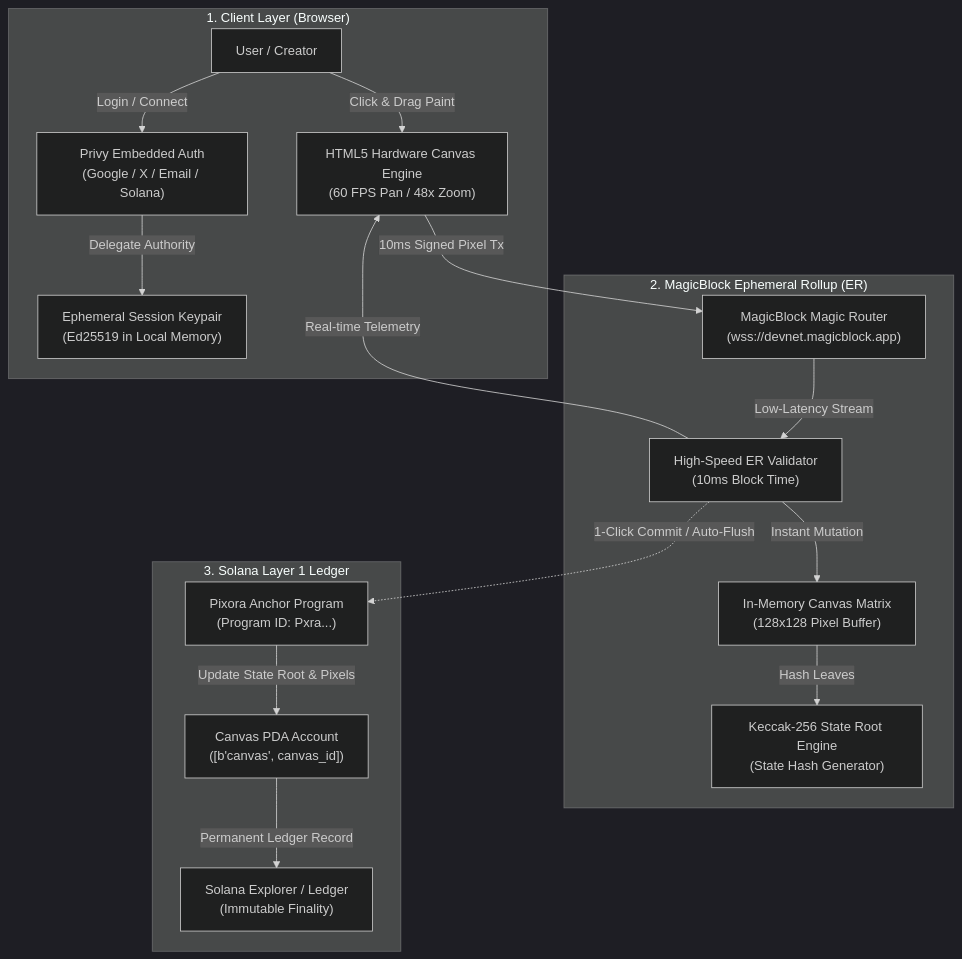
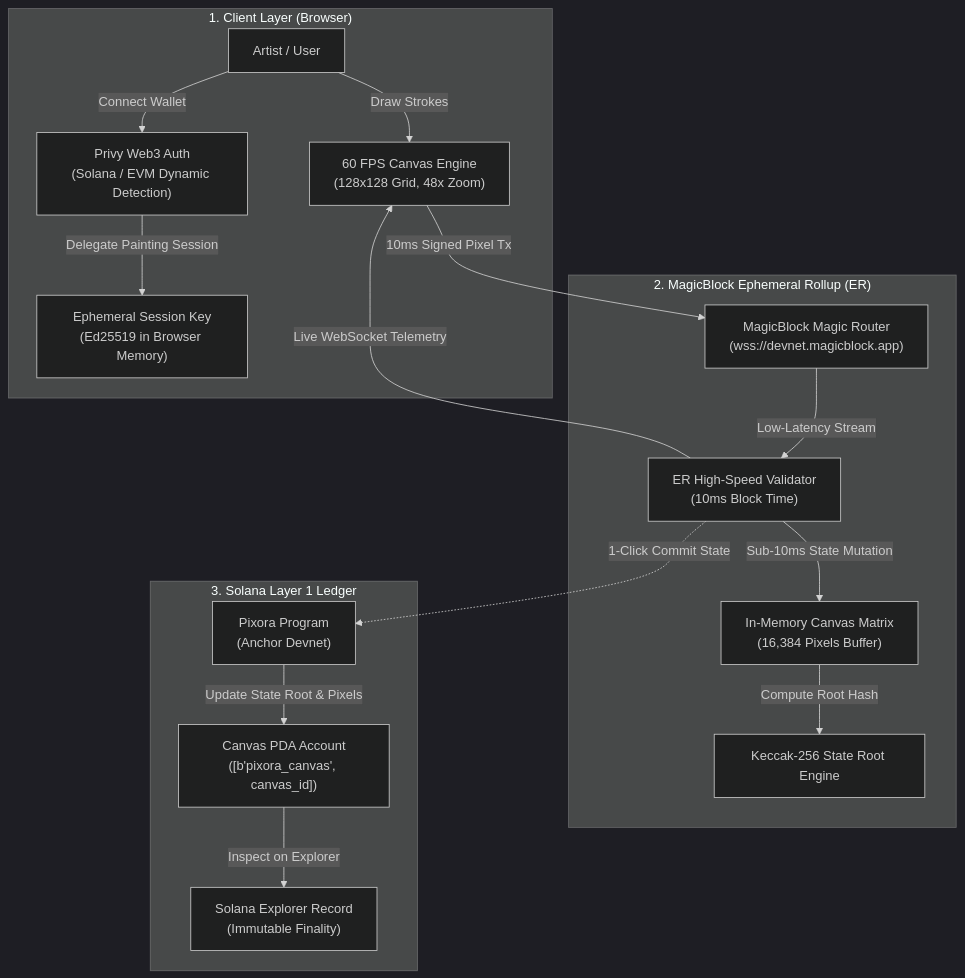
The diagram in README.md (toufiqfarhan0/pixora), drawn with Mermaid (dark theme) before and after one commit. The commit also changed other lines of this file and 15 other files, not shown here.

Commit message:
feat: integrate dynamic Privy Web3 wallet auth, fix all compiler errors, and polish judge-ready documentation

````diff
--- a/README.md
+++ b/README.md
@@ -75,34 +52,34 @@
 ```mermaid
 flowchart TD
     subgraph Client["1. Client Layer (Browser)"]
-        User["User / Creator"]
-        Privy["Privy Embedded Auth\n(Google / X / Email / Solana)"]
-        SessionKey["Ephemeral Session Keypair\n(Ed25519 in Local Memory)"]
-        Engine["HTML5 Hardware Canvas Engine\n(60 FPS Pan / 48x Zoom)"]
+        Artist["Artist / User"]
+        PrivyAuth["Privy Web3 Auth\n(Solana / EVM Dynamic Detection)"]
+        SessionKey["Ephemeral Session Key\n(Ed25519 in Browser Memory)"]
+        CanvasEngine["60 FPS Canvas Engine\n(128x128 Grid, 48x Zoom)"]
     end
 
     subgraph ER["2. MagicBlock Ephemeral Rollup (ER)"]
         Router["MagicBlock Magic Router\n(wss://devnet.magicblock.app)"]
-        Validator["High-Speed ER Validator\n(10ms Block Time)"]
-        MemState["In-Memory Canvas Matrix\n(128x128 Pixel Buffer)"]
-        Merkle["Keccak-256 State Root Engine\n(State Hash Generator)"]
+        Validator["ER High-Speed Validator\n(10ms Block Time)"]
+        GridBuffer["In-Memory Canvas Matrix\n(16,384 Pixels Buffer)"]
+        MerkleEngine["Keccak-256 State Root Engine"]
     end
 
     subgraph L1["3. Solana Layer 1 Ledger"]
-        Program["Pixora Anchor Program\n(Program ID: Pxra...)"]
-        PDA["Canvas PDA Account\n([b'canvas', canvas_id])"]
-        SolanaExplorer["Solana Explorer / Ledger\n(Immutable Finality)"]
+        AnchorProgram["Pixora Program\n(Anchor Devnet)"]
+        PDA["Canvas PDA Account\n([b'pixora_canvas', canvas_id])"]
+        Explorer["Solana Explorer Record\n(Immutable Finality)"]
     end
 
-    User -->|Login / Connect| Privy
-    Privy -->|Delegate Authority| SessionKey
-    User -->|Click & Drag Paint| Engine
-    Engine -->|10ms Signed Pixel Tx| Router
+    Artist -->|Connect Wallet| PrivyAuth
+    PrivyAuth -->|Delegate Painting Session| SessionKey
+    Artist -->|Draw Strokes| CanvasEngine
+    CanvasEngine -->|10ms Signed Pixel Tx| Router
     Router -->|Low-Latency Stream| Validator
-    Validator -->|Instant Mutation| MemState
-    Validator -->|Real-time Telemetry| Engine
-    MemState -->|Hash Leaves| Merkle
-    Validator -.->|1-Click Commit / Auto-Flush| Program
-    Program -->|Update State Root & Pixels| PDA
-    PDA -->|Permanent Ledger Record| SolanaExplorer
+    Validator -->|Sub-10ms State Mutation| GridBuffer
+    GridBuffer -->|Compute Root Hash| MerkleEngine
+    Validator -->|Live WebSocket Telemetry| CanvasEngine
+    Validator -.->|1-Click Commit State| AnchorProgram
+    AnchorProgram -->|Update State Root & Pixels| PDA
+    PDA -->|Inspect on Explorer| Explorer
 ```
````
